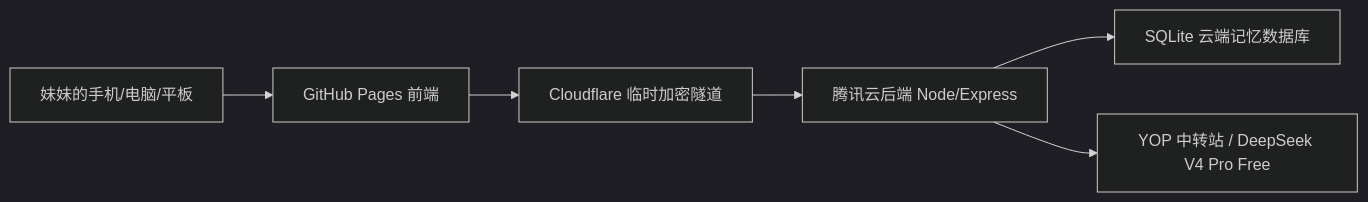
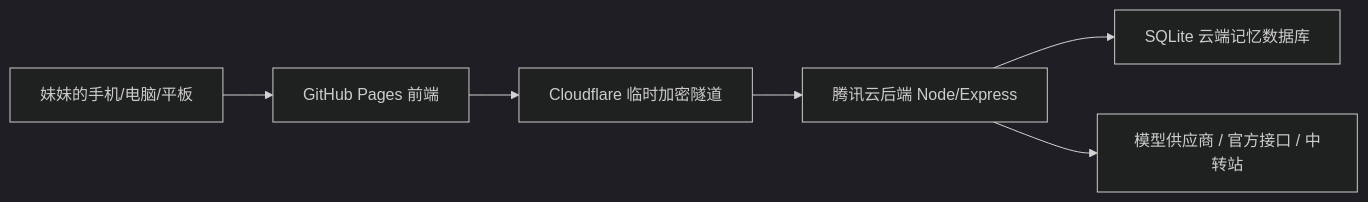
The diagram in docs/PROJECT_HANDOFF.md (ctnnyy-oss/yuri-pocket), drawn with Mermaid (dark theme) before and after one commit. The commit also changed other lines of this file and 19 other files, not shown here.

````diff
--- a/docs/PROJECT_HANDOFF.md
+++ b/docs/PROJECT_HANDOFF.md
@@ -108,8 +114,8 @@
 ```mermaid
 flowchart LR
   User["妹妹的手机/电脑/平板"] --> Pages["GitHub Pages 前端"]
   Pages --> Tunnel["Cloudflare 临时加密隧道"]
   Tunnel --> API["腾讯云后端 Node/Express"]
   API --> DB["SQLite 云端记忆数据库"]
-  API --> Model["YOP 中转站 / DeepSeek V4 Pro Free"]
+  API --> Model["模型供应商 / 官方接口 / 中转站"]
 ```
````
